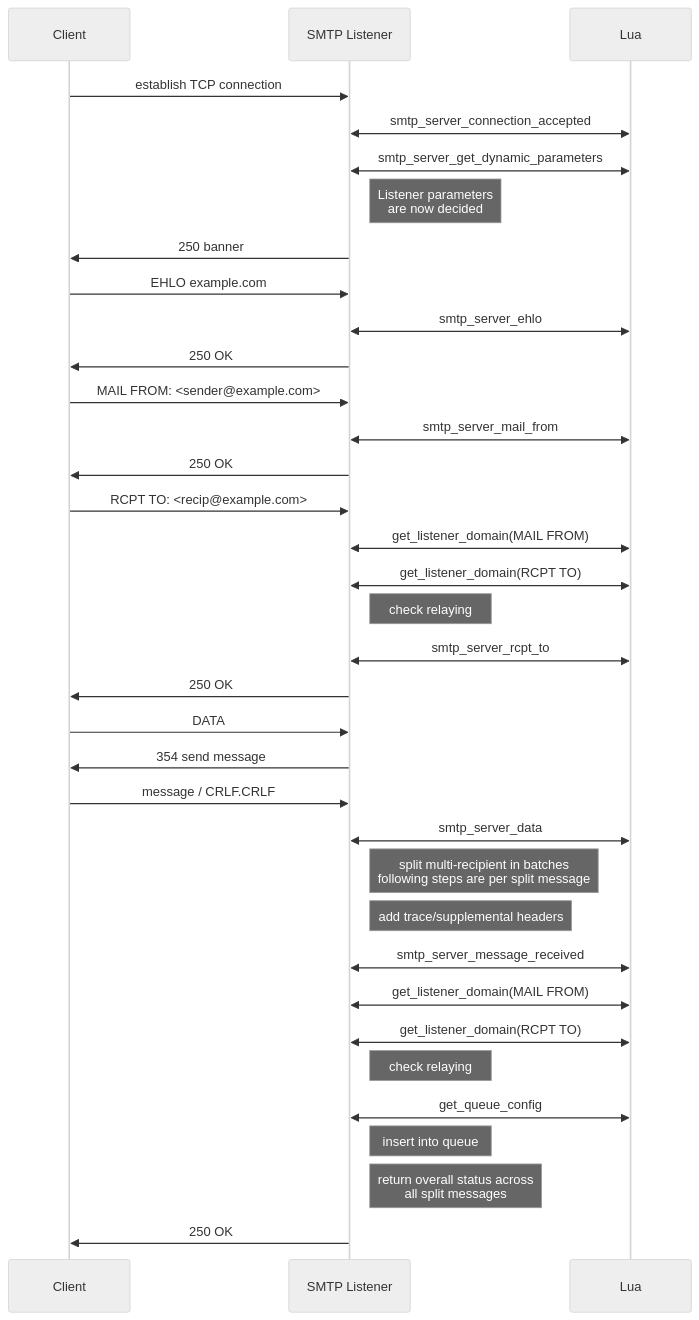
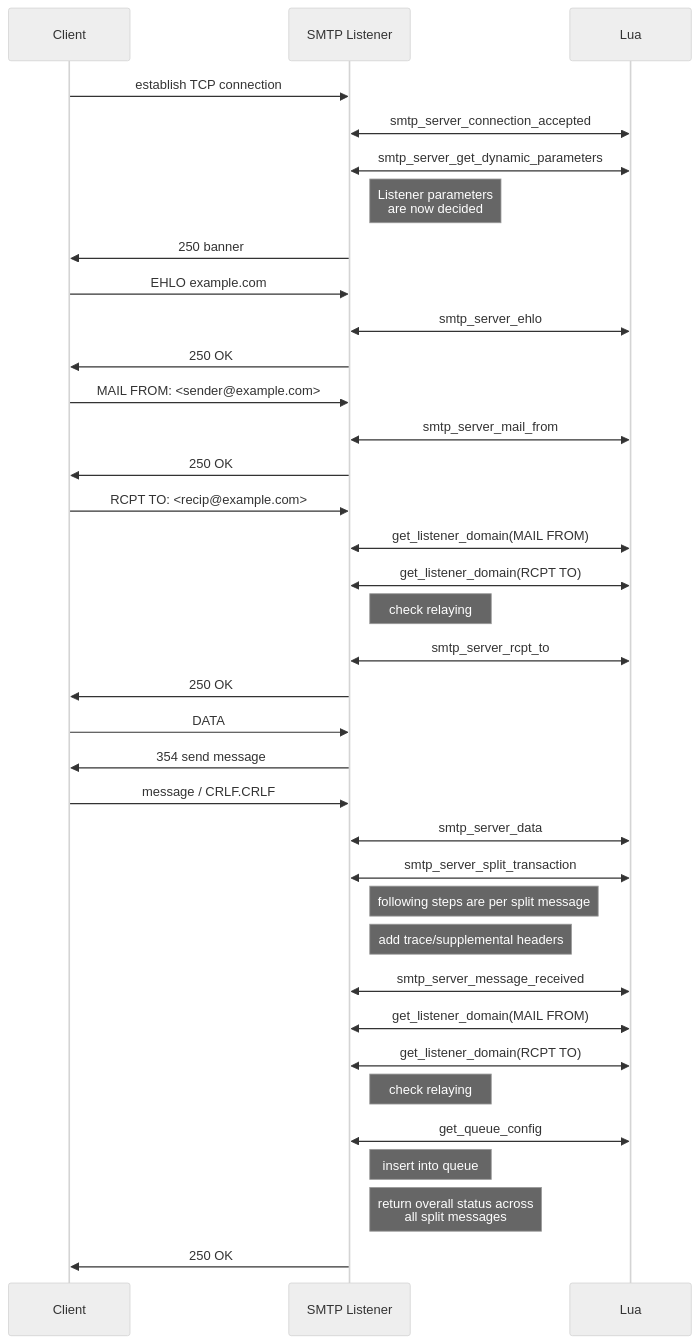
The diagram in docs/reference/smtp_server_events.md (KumoCorp/kumomta), drawn with Mermaid (neutral theme) before and after one commit. The commit also changed other lines of this file, not shown here.

Commit message:
docs: add splitting step to event sequence diagram

````diff
--- a/docs/reference/smtp_server_events.md
+++ b/docs/reference/smtp_server_events.md
@@ -7,42 +7,43 @@
 ```mermaid
 sequenceDiagram
   participant C as Client
   participant S as SMTP Listener
   participant Lua
 
   C->>S: establish TCP connection
   S<<->>Lua: smtp_server_connection_accepted
   S<<->>Lua: smtp_server_get_dynamic_parameters
   Note right of S: Listener parameters<br>are now decided
   S->>C: 250 banner
 
   C->>S: EHLO example.com
   S<<->>Lua: smtp_server_ehlo
   S->>C: 250 OK
 
   C->>S: MAIL FROM: <sender@example.com>
   S<<->>Lua: smtp_server_mail_from
   S->>C: 250 OK
 
   C->>S: RCPT TO: <recip@example.com>
   S<<->>Lua: get_listener_domain(MAIL FROM)
   S<<->>Lua: get_listener_domain(RCPT TO)
   Note right of S: check relaying
   S<<->>Lua: smtp_server_rcpt_to
   S->>C: 250 OK
 
   C->>S: DATA
   S->>C: 354 send message
   C->>S: message / CRLF.CRLF
   S<<->>Lua: smtp_server_data
-  Note right of S: split multi-recipient in batches<br>following steps are per split message
+  S<<->>Lua: smtp_server_split_transaction
+  Note right of S: following steps are per split message
   Note right of S: add trace/supplemental headers
   S<<->>Lua: smtp_server_message_received
   S<<->>Lua: get_listener_domain(MAIL FROM)
   S<<->>Lua: get_listener_domain(RCPT TO)
   Note right of S: check relaying
   S<<->>Lua: get_queue_config
   Note right of S: insert into queue
   Note right of S: return overall status across<br>all split messages
   S->>C: 250 OK
 ```
````
